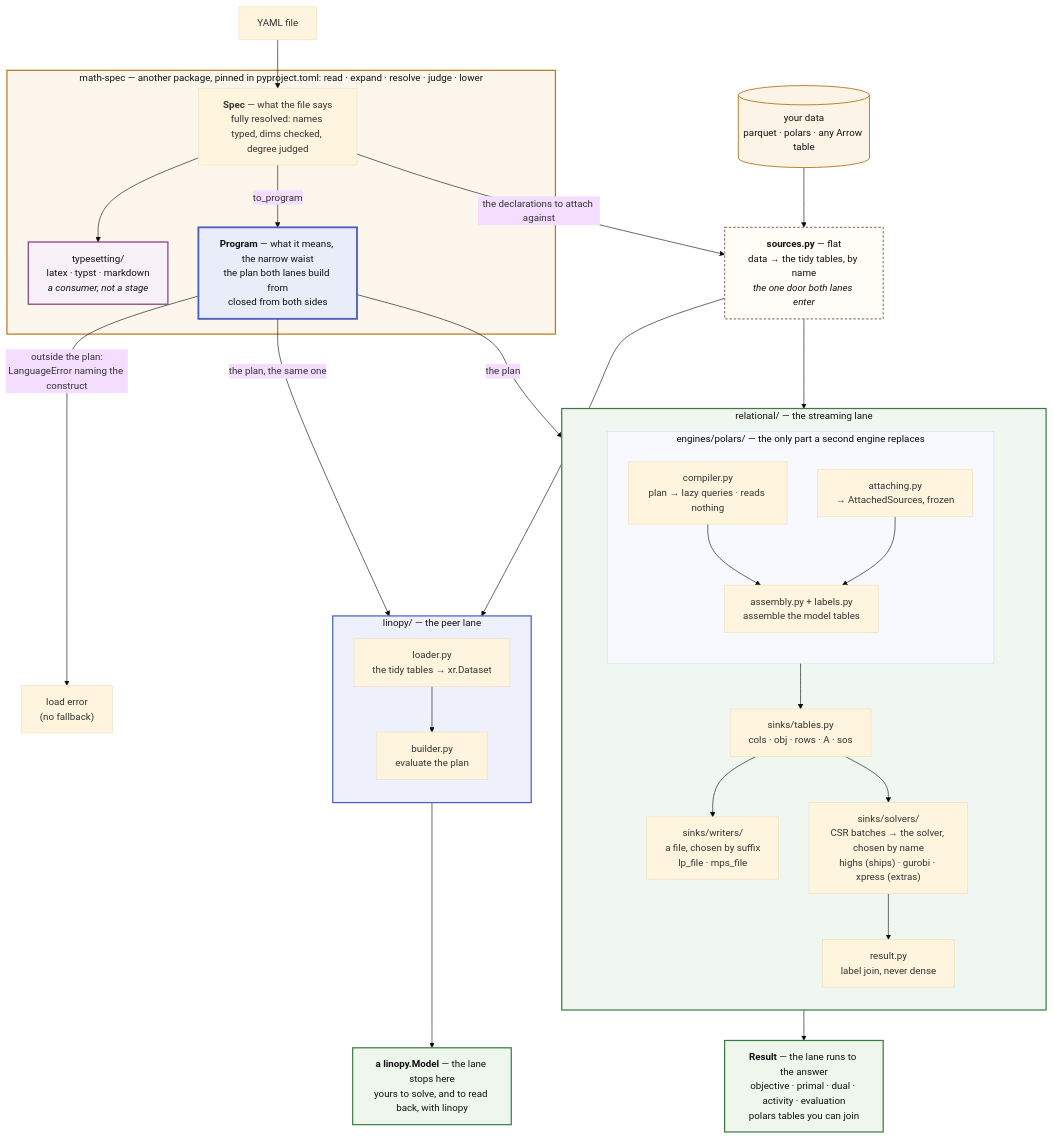
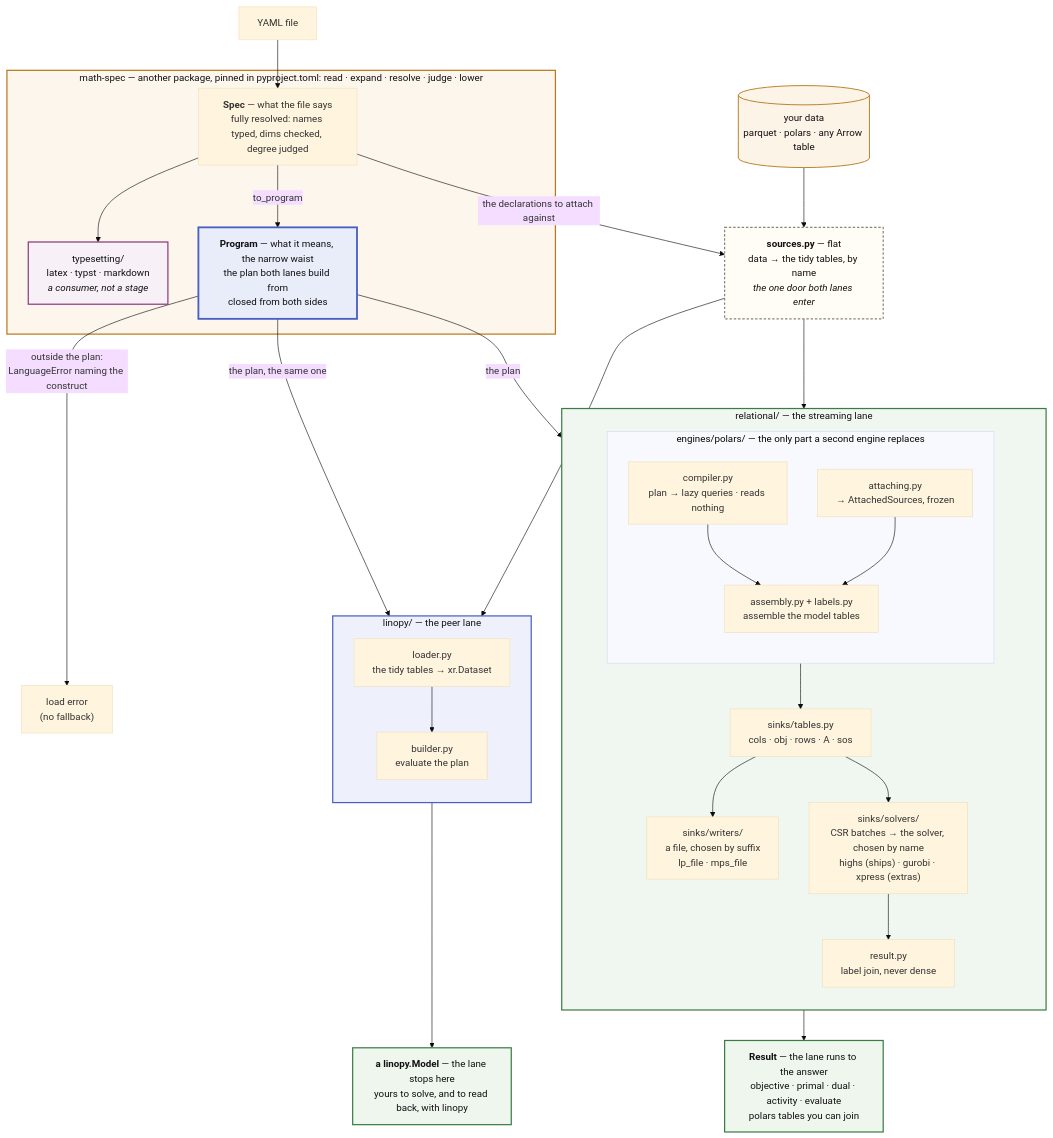
The first of 2 diagrams in docs/about/architecture.md (fluxopt/lpspec), drawn with Mermaid (base theme) before and after one commit. The commit also changed other lines of this file and 18 other files, not shown here.

````diff
--- a/docs/about/architecture.md
+++ b/docs/about/architecture.md
@@ -60,59 +60,59 @@
 ```mermaid
 flowchart TB
     Y[YAML file] --> SPEC
     DATA[("your data<br/>parquet · polars · any Arrow table")] --> SRC
 
     subgraph MS["math-spec — another package, pinned in pyproject.toml: read · expand · resolve · judge · lower"]
         SPEC["<b>Spec</b> — what the file says<br/>fully resolved: names typed, dims checked, degree judged"]
         SPEC --> TS["typesetting/<br/>latex · typst · markdown<br/><i>a consumer, not a stage</i>"]
         SPEC -->|"to_program"| PLAN["<b>Program</b> — what it means, the narrow waist<br/>the plan both lanes build from<br/>closed from both sides"]
     end
 
     SPEC -->|"the declarations to attach against"| SRC
     SRC["<b>sources.py</b> — flat<br/>data → the tidy tables, by name<br/><i>the one door both lanes enter</i>"]
 
     PLAN -->|"outside the plan:<br/>LanguageError naming the construct"| ERR["load error<br/>(no fallback)"]
     PLAN -->|"the plan"| COMP
     SRC --> ATTACH
     PLAN -->|"the plan, the same one"| BUILD
     SRC --> LOAD
 
     subgraph REL["relational/ — the streaming lane"]
         direction TB
         subgraph ENG["engines/polars/ — the only part a second engine replaces"]
             direction TB
             COMP["compiler.py<br/>plan → lazy queries · reads nothing"] --> ENGINE
             ATTACH["attaching.py<br/>→ AttachedSources, frozen"] --> ENGINE["assembly.py + labels.py<br/>assemble the model tables"]
         end
         ENG --> TABLES["sinks/tables.py<br/>cols · obj · rows · A · sos"]
         TABLES --> LPS["sinks/writers/<br/>a file, chosen by suffix<br/>lp_file · mps_file"]
         TABLES --> DIRECT["sinks/solvers/<br/>CSR batches → the solver, chosen by name<br/>highs (ships) · gurobi · xpress (extras)"]
         DIRECT --> SOL["result.py<br/>label join, never dense"]
     end
 
-    SOL --> ANS["<b>Result</b> — the lane runs to the answer<br/>objective · primal · dual · activity · evaluation<br/>polars tables you can join"]
+    SOL --> ANS["<b>Result</b> — the lane runs to the answer<br/>objective · primal · dual · activity · evaluate<br/>polars tables you can join"]
 
     subgraph LIN["linopy/ — the peer lane"]
         direction TB
         LOAD["loader.py<br/>the tidy tables → xr.Dataset"] --> BUILD["builder.py<br/>evaluate the plan"]
     end
 
     BUILD --> MODEL["<b>a linopy.Model</b> — the lane stops here<br/>yours to solve, and to read back, with linopy"]
 
     classDef laneL fill:#fdf6ec,stroke:#b7791f,stroke-width:2px,color:#111
     classDef laneR fill:#f0f7f0,stroke:#3a7d44,stroke-width:2px,color:#111
     classDef laneE fill:#eef1fb,stroke:#4a5fc1,stroke-width:2px,color:#111
     classDef laneT fill:#f7f0f7,stroke:#8b3a7d,stroke-width:2px,color:#111
     classDef waist fill:#e9edfa,stroke:#4a5fc1,stroke-width:3px,color:#111
     classDef flat fill:#fffdf5,stroke:#8a8578,stroke-width:2px,stroke-dasharray:4 3,color:#111
     classDef data fill:#fdf4e8,stroke:#b7791f,stroke-width:1.5px,color:#111
     classDef out fill:#eef6ee,stroke:#3a7d44,stroke-width:2px,color:#111
     class MS laneL
     class REL laneR
     class LIN laneE
     class TS laneT
     class PLAN waist
     class SRC flat
     class DATA data
     class ANS,MODEL out
 ```
````
